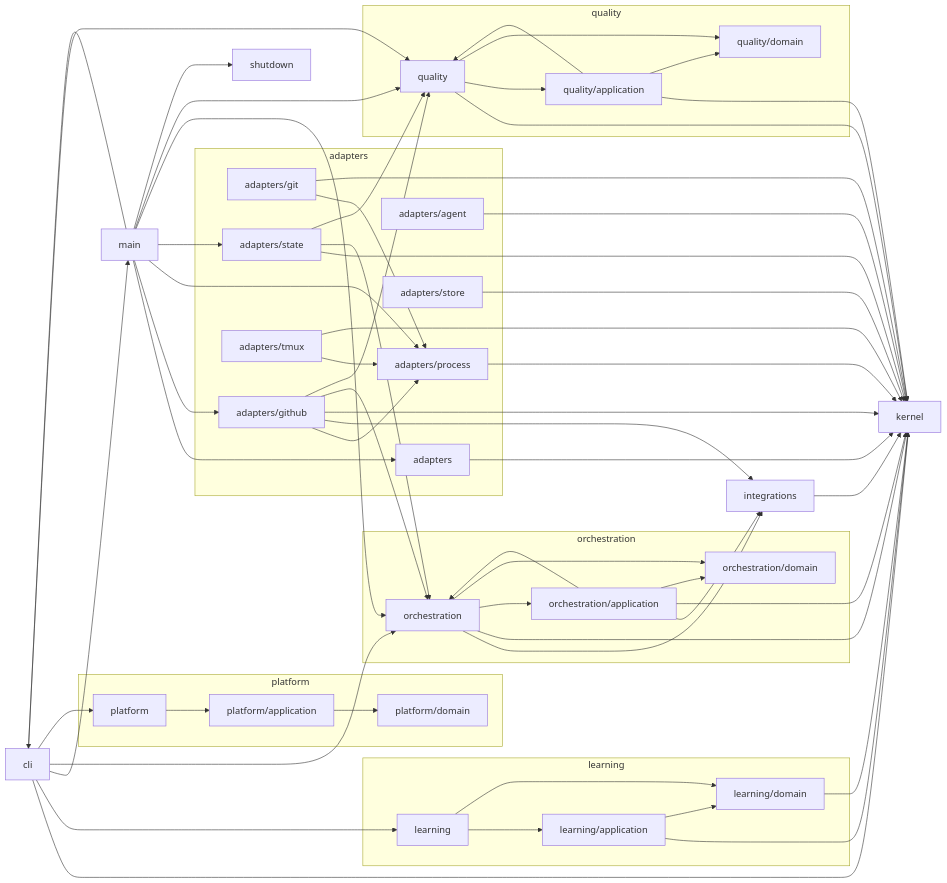
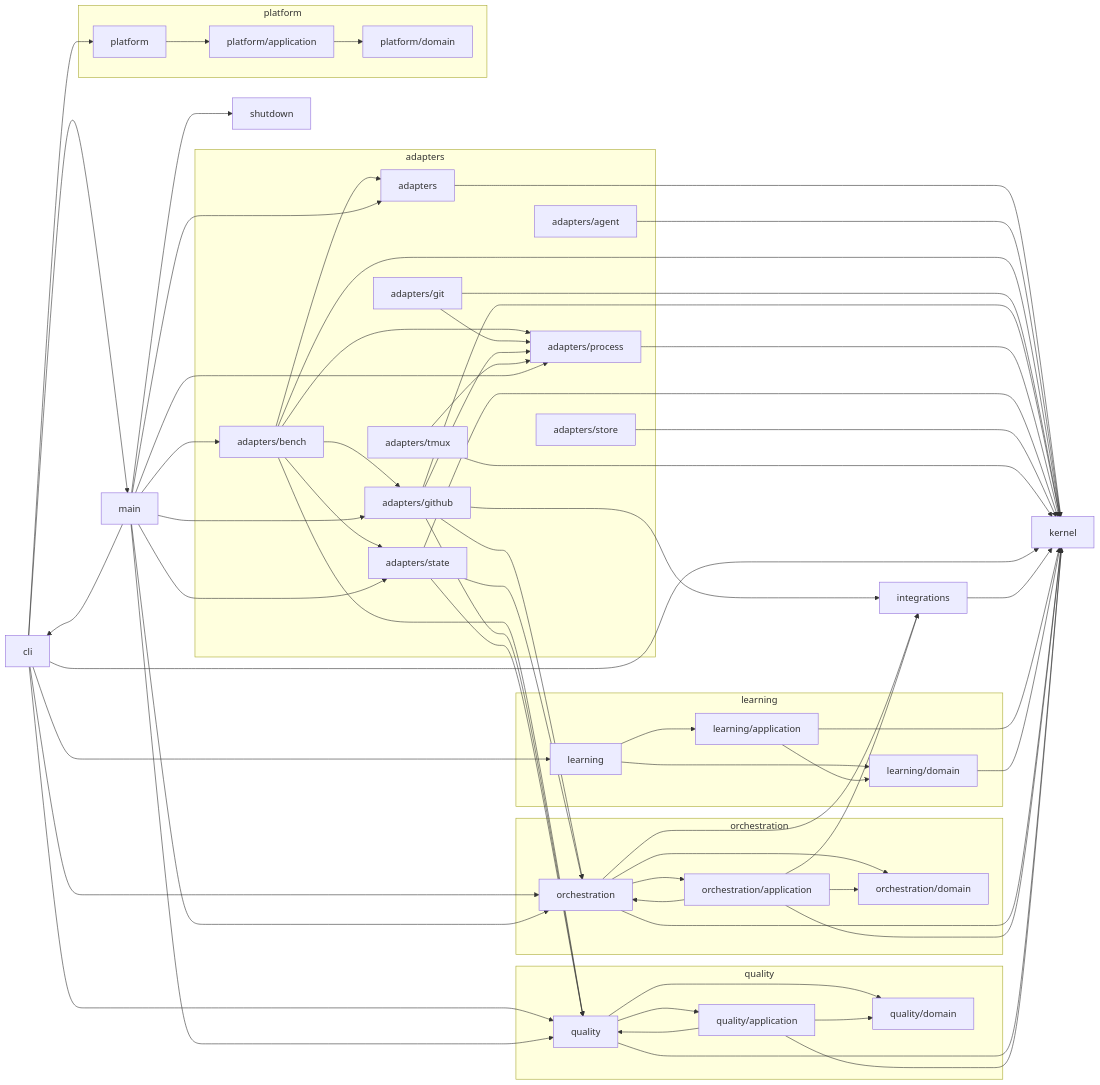
The diagram in docs/reference/dependency-graph.md (sethdford/shipwright), drawn with Mermaid before and after one commit. The commit also changed 50 other files, not shown here.

First line of the commit message:
feat(quality): head-to-head benchmark harness (shipwright bench)

```diff
--- a/docs/reference/dependency-graph.md
+++ b/docs/reference/dependency-graph.md
@@ -10,6 +10,7 @@
   subgraph ctx_adapters["adapters"]
     adapters["adapters"]
     adapters_agent["adapters/agent"]
+    adapters_bench["adapters/bench"]
     adapters_git["adapters/git"]
     adapters_github["adapters/github"]
     adapters_process["adapters/process"]
@@ -44,6 +45,12 @@
   shutdown["shutdown"]
   adapters --> kernel
   adapters_agent --> kernel
+  adapters_bench --> adapters
+  adapters_bench --> adapters_github
+  adapters_bench --> adapters_process
+  adapters_bench --> adapters_state
+  adapters_bench --> kernel
+  adapters_bench --> quality
   adapters_git --> adapters_process
   adapters_git --> kernel
   adapters_github --> adapters_process
@@ -71,6 +78,7 @@
   learning_application --> learning_domain
   learning_domain --> kernel
   main --> adapters
+  main --> adapters_bench
   main --> adapters_github
   main --> adapters_process
   main --> adapters_state
```
